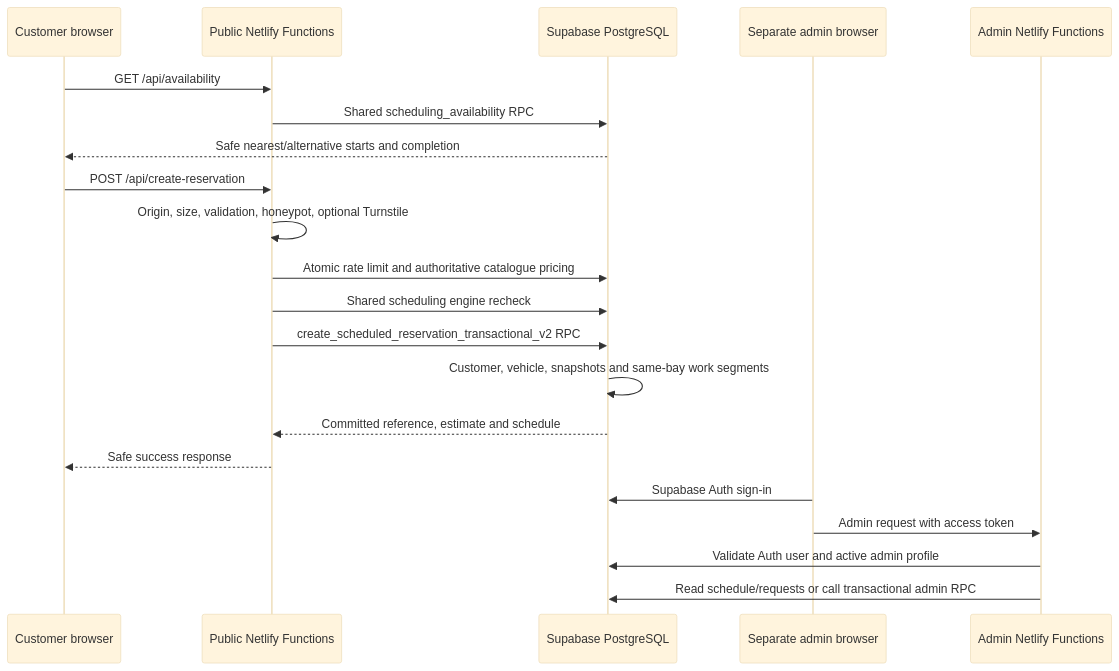
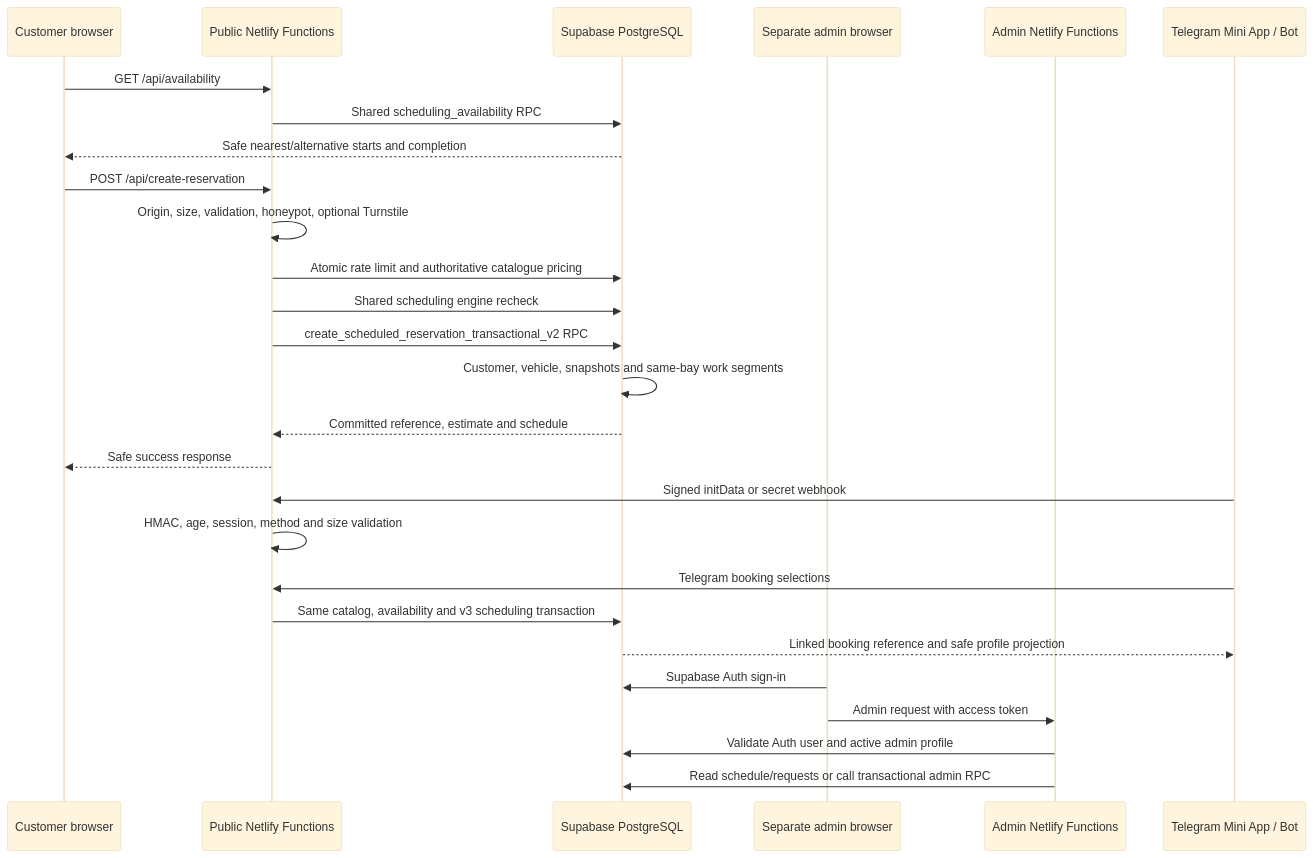
One commit to itzricik/auto-velora changed the diagram in docs/architecture.md. Above: the diagram before and after it, drawn with Mermaid (base theme). The commit also changed other lines of this file and 35 other files, not shown here.

Commit message:
feat: add secure Telegram Mini App client

````diff
--- a/docs/architecture.md
+++ b/docs/architecture.md
@@ -5,25 +5,32 @@
 ```mermaid
 sequenceDiagram
   participant C as Customer browser
   participant PN as Public Netlify Functions
   participant P as Supabase PostgreSQL
   participant A as Separate admin browser
   participant AN as Admin Netlify Functions
+  participant T as Telegram Mini App / Bot
 
   C->>PN: GET /api/availability
   PN->>P: Shared scheduling_availability RPC
   P-->>C: Safe nearest/alternative starts and completion
   C->>PN: POST /api/create-reservation
   PN->>PN: Origin, size, validation, honeypot, optional Turnstile
   PN->>P: Atomic rate limit and authoritative catalogue pricing
   PN->>P: Shared scheduling engine recheck
   PN->>P: create_scheduled_reservation_transactional_v2 RPC
   P->>P: Customer, vehicle, snapshots and same-bay work segments
   P-->>PN: Committed reference, estimate and schedule
   PN-->>C: Safe success response
 
+  T->>PN: Signed initData or secret webhook
+  PN->>PN: HMAC, age, session, method and size validation
+  T->>PN: Telegram booking selections
+  PN->>P: Same catalog, availability and v3 scheduling transaction
+  P-->>T: Linked booking reference and safe profile projection
+
   A->>P: Supabase Auth sign-in
   A->>AN: Admin request with access token
   AN->>P: Validate Auth user and active admin profile
   AN->>P: Read schedule/requests or call transactional admin RPC
 ```
````
